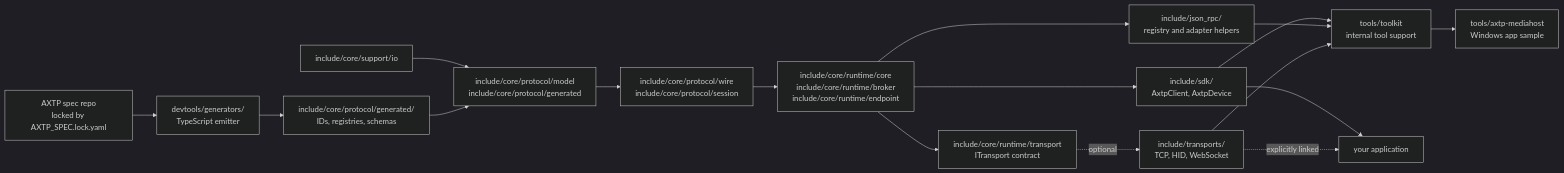
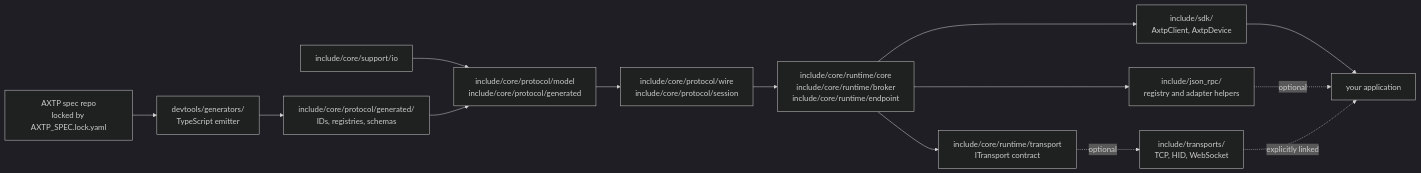
One commit to Mostorm-Labs/axtp-cpp-runtime changed the diagram in README.md. Above: the diagram before and after it, drawn with Mermaid (dark theme). The commit also changed other lines of this file and 34 other files, not shown here.

Commit message:
Remove runtime media host profile

````diff
--- a/README.md
+++ b/README.md
@@ -12,23 +12,20 @@
 ```mermaid
 flowchart LR
     Spec["AXTP spec repo\nlocked by AXTP_SPEC.lock.yaml"] --> Generators["devtools/generators/\nTypeScript emitter"]
     Generators --> Generated["include/core/protocol/generated/\nIDs, registries, schemas"]
 
     Support["include/core/support/io"] --> Protocol["include/core/protocol/model\ninclude/core/protocol/generated"]
     Generated --> Protocol
     Protocol --> Wire["include/core/protocol/wire\ninclude/core/protocol/session"]
     Wire --> Runtime["include/core/runtime/core\ninclude/core/runtime/broker\ninclude/core/runtime/endpoint"]
     Runtime --> SDK["include/sdk/\nAxtpClient, AxtpDevice"]
 
     Runtime --> TransportApi["include/core/runtime/transport\nITransport contract"]
     TransportApi -. optional .-> ConcreteTransports["include/transports/\nTCP, HID, WebSocket"]
 
     Runtime --> JsonRpc["include/json_rpc/\nregistry and adapter helpers"]
-    SDK --> Toolkit["tools/toolkit\ninternal tool support"]
-    JsonRpc --> Toolkit
-    ConcreteTransports --> Toolkit
-    Toolkit --> MediaHost["tools/axtp-mediahost\nWindows app sample"]
 
     SDK --> Apps["your application"]
+    JsonRpc -. optional .-> Apps
     ConcreteTransports -. explicitly linked .-> Apps
 ```
````
